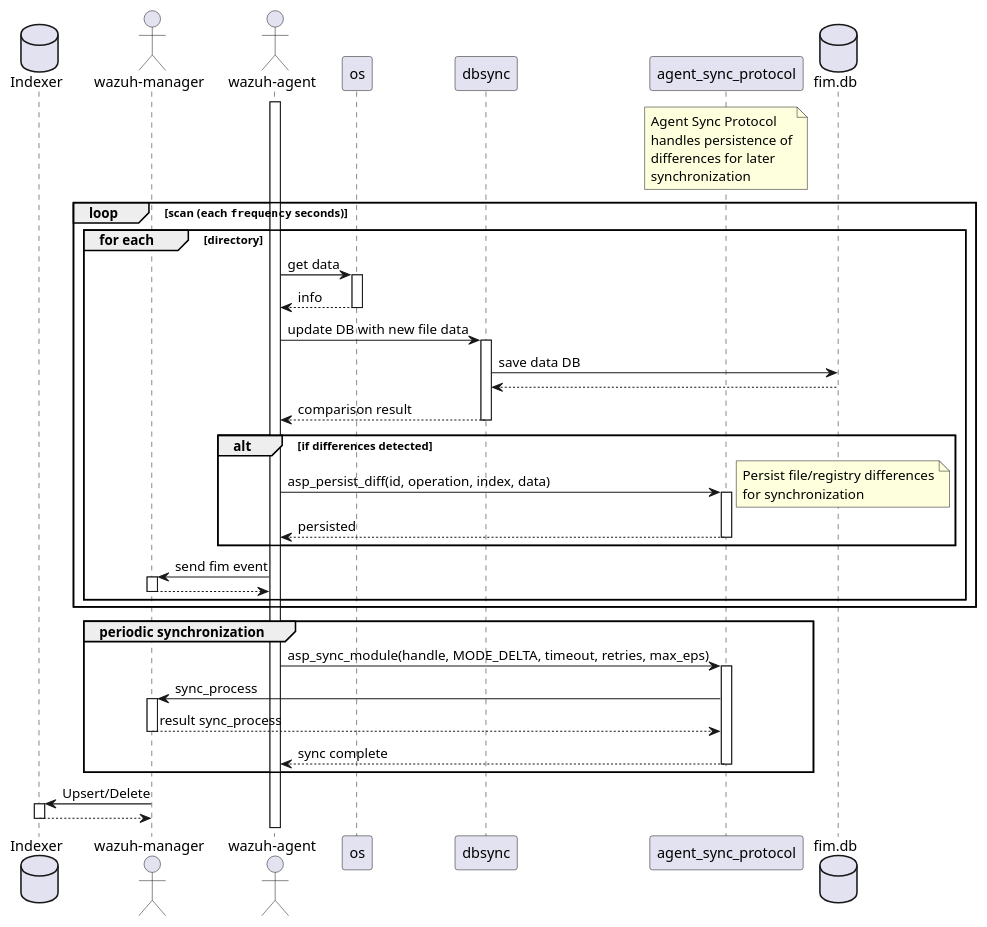
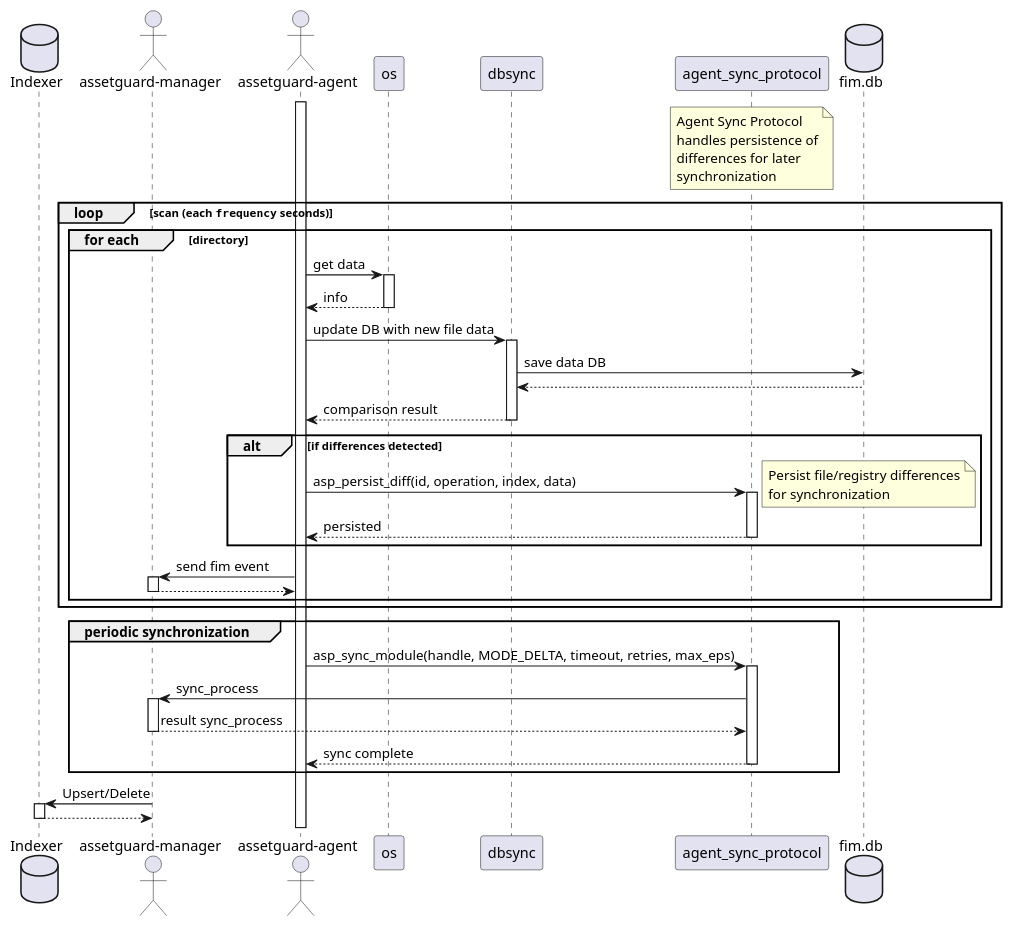
The diagram in architecture/FIM/db/sequence_diagram.puml (Ghostofpotato/AssetGuard), drawn with PlantUML before and after one commit. The commit also changed other lines of this file and 1012 other files, not shown here.

```diff
--- a/architecture/FIM/db/sequence_diagram.puml
+++ b/architecture/FIM/db/sequence_diagram.puml
@@ -5,43 +5,43 @@
 @startuml sequence_diagram_db_fim
 database "Indexer" as indexer
-actor "wazuh-manager" as manager
-actor "wazuh-agent" as fim
+actor "assetguard-manager" as manager
+actor "assetguard-agent" as fim
 participant os as os
 participant dbsync
 participant "agent_sync_protocol" as asp
 database fim.db as fdb
 
 activate fim
 
 note over asp: Agent Sync Protocol\nhandles persistence of\ndifferences for later\nsynchronization
 
 loop scan (each ""frequency"" seconds)
     group for each [directory]
         fim -> os ++: get data
         fim <-- os --: info
         fim -> dbsync++ : update DB with new file data
         dbsync -> fdb : save data DB
         dbsync <-- fdb
         fim <-- dbsync --: comparison result
 
         alt if differences detected
             fim -> asp ++: asp_persist_diff(id, operation, index, data)
             note right: Persist file/registry differences\nfor synchronization
             asp --> fim --: persisted
         end
 
         manager <- fim ++: send fim event
         manager --> fim --
      end group
 end loop
 
 group periodic synchronization
     fim -> asp ++: asp_sync_module(handle, MODE_DELTA, timeout, retries, max_eps)
     asp -> manager ++: sync_process
     asp <-- manager --: result sync_process
     asp --> fim --: sync complete
 end
 
 indexer <- manager++: Upsert/Delete
 indexer --> manager --
 @enduml
```
